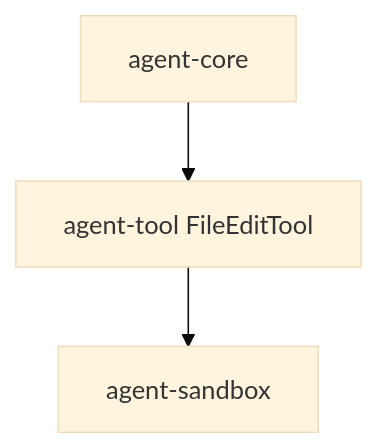
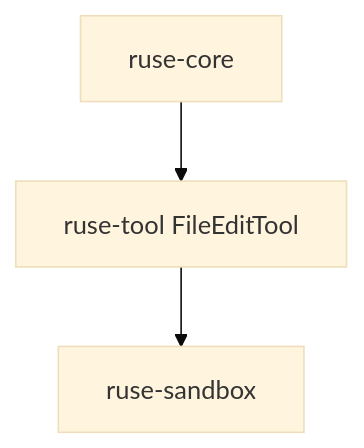
One commit to poneding/agent changed the diagram in docs/specs/M03-02-file-edit-tool.spec.md. Above: the diagram before and after it, drawn with Mermaid (base theme). The commit also changed other lines of this file and 2091 other files, not shown here.

First line of the commit message:
refactor: rename agent branding to ruse

````diff
--- a/docs/specs/M03-02-file-edit-tool.spec.md
+++ b/docs/specs/M03-02-file-edit-tool.spec.md
@@ -32,5 +32,5 @@
 ```mermaid
 flowchart TD
-  agent_tool["agent-tool FileEditTool"] --> agent_sandbox["agent-sandbox"]
-  agent_core["agent-core"] --> agent_tool
+  ruse_tool["ruse-tool FileEditTool"] --> ruse_sandbox["ruse-sandbox"]
+  ruse_core["ruse-core"] --> ruse_tool
 ```
````
